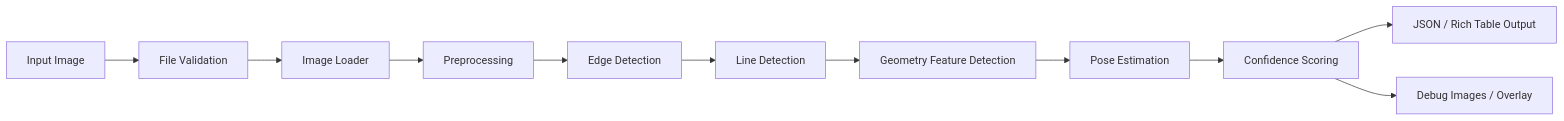
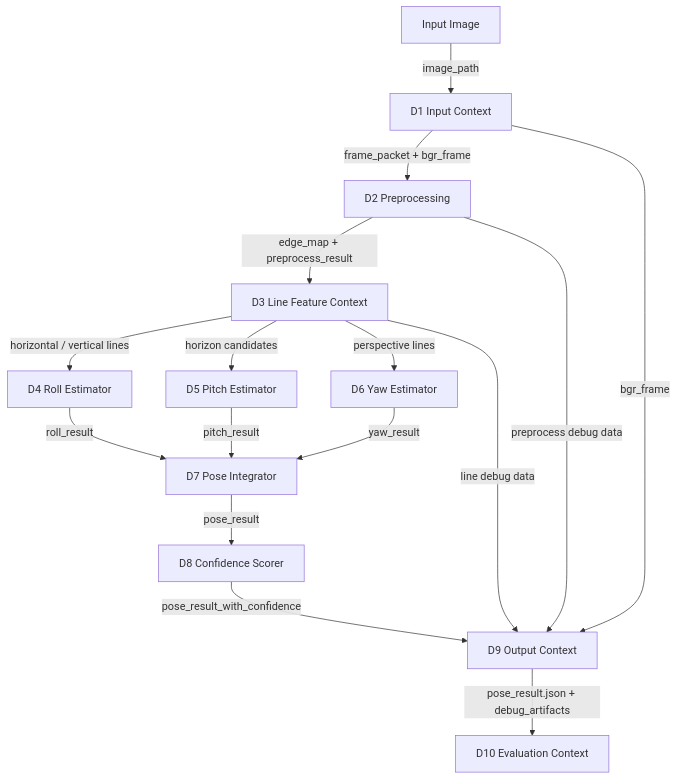
The diagram in breakdown/01_Geometry_Based_Pose/03_Design/system_design_breakdown.md (Rt209/camera-angle), drawn with Mermaid before and after one commit. The commit also changed other lines of this file and 8 other files, not shown here.

````diff
--- a/breakdown/01_Geometry_Based_Pose/03_Design/system_design_breakdown.md
+++ b/breakdown/01_Geometry_Based_Pose/03_Design/system_design_breakdown.md
@@ -44,13 +24,18 @@
 ```mermaid
-flowchart LR
-    A[Input Image] --> B[File Validation]
-    B --> C[Image Loader]
-    C --> D[Preprocessing]
-    D --> E[Edge Detection]
-    E --> F[Line Detection]
-    F --> G[Geometry Feature Detection]
-    G --> H[Pose Estimation]
-    H --> I[Confidence Scoring]
-    I --> J[JSON / Rich Table Output]
-    I --> K[Debug Images / Overlay]
+flowchart TD
+    A[Input Image] -->|image_path| B[D1 Input Context]
+    B -->|frame_packet + bgr_frame| C[D2 Preprocessing]
+    C -->|edge_map + preprocess_result| D[D3 Line Feature Context]
+    D -->|horizontal / vertical lines| E[D4 Roll Estimator]
+    D -->|horizon candidates| F[D5 Pitch Estimator]
+    D -->|perspective lines| G[D6 Yaw Estimator]
+    E -->|roll_result| H[D7 Pose Integrator]
+    F -->|pitch_result| H
+    G -->|yaw_result| H
+    H -->|pose_result| I[D8 Confidence Scorer]
+    I -->|pose_result_with_confidence| J[D9 Output Context]
+    B -->|bgr_frame| J
+    C -->|preprocess debug data| J
+    D -->|line debug data| J
+    J -->|pose_result.json + debug_artifacts| K[D10 Evaluation Context]
 ```
````
